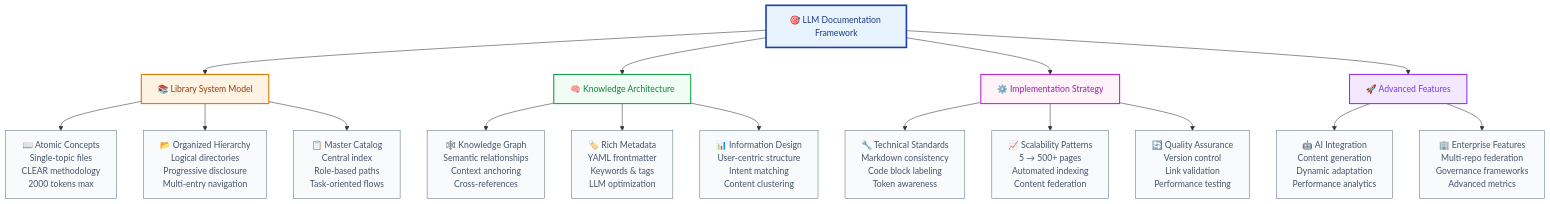
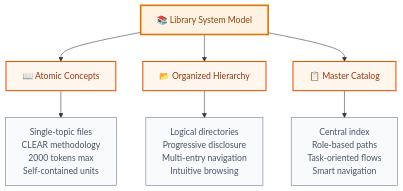
The first of 31 diagrams in 39-llm-documentation-complete.md (raphaelmansuy/tutorials), drawn with Mermaid before and after one commit. The commit also changed other lines of this file, not shown here.

Commit message:
Implement code changes to enhance functionality and improve performance

````diff
--- a/39-llm-documentation-complete.md
+++ b/39-llm-documentation-complete.md
@@ -28,36 +35,20 @@
 ```mermaid
-graph TD
-    A[🎯 LLM Documentation Framework] --> B[📚 Library System Model]
-    A --> C[🧠 Knowledge Architecture]
-    A --> D[⚙️ Implementation Strategy]
-    A --> E[🚀 Advanced Features]
+flowchart TD
+    A[📚 Library System Model] --> B[📖 Atomic Concepts]
+    A --> C[📂 Organized Hierarchy]
+    A --> D[📋 Master Catalog]
     
-    B --> B1[📖 Atomic Concepts<br/>Single-topic files<br/>CLEAR methodology<br/>2000 tokens max]
-    B --> B2[📂 Organized Hierarchy<br/>Logical directories<br/>Progressive disclosure<br/>Multi-entry navigation]
-    B --> B3[📋 Master Catalog<br/>Central index<br/>Role-based paths<br/>Task-oriented flows]
+    B --> B1[Single-topic files<br/>CLEAR methodology<br/>2000 tokens max<br/>Self-contained units]
     
-    C --> C1[🕸️ Knowledge Graph<br/>Semantic relationships<br/>Context anchoring<br/>Cross-references]
-    C --> C2[🏷️ Rich Metadata<br/>YAML frontmatter<br/>Keywords & tags<br/>LLM optimization]
-    C --> C3[📊 Information Design<br/>User-centric structure<br/>Intent matching<br/>Content clustering]
+    C --> C1[Logical directories<br/>Progressive disclosure<br/>Multi-entry navigation<br/>Intuitive browsing]
     
-    D --> D1[🔧 Technical Standards<br/>Markdown consistency<br/>Code block labeling<br/>Token awareness]
-    D --> D2[📈 Scalability Patterns<br/>5 → 500+ pages<br/>Automated indexing<br/>Content federation]
-    D --> D3[🔄 Quality Assurance<br/>Version control<br/>Link validation<br/>Performance testing]
+    D --> D1[Central index<br/>Role-based paths<br/>Task-oriented flows<br/>Smart navigation]
     
-    E --> E1[🤖 AI Integration<br/>Content generation<br/>Dynamic adaptation<br/>Performance analytics]
-    E --> E2[🏢 Enterprise Features<br/>Multi-repo federation<br/>Governance frameworks<br/>Advanced metrics]
-    
-    classDef main fill:#e8f4fd,stroke:#1e40af,stroke-width:3px,color:#1e3a8a
-    classDef model fill:#fef3e2,stroke:#d97706,stroke-width:2px,color:#92400e
-    classDef architecture fill:#f0fdf4,stroke:#16a34a,stroke-width:2px,color:#15803d
-    classDef strategy fill:#fdf2f8,stroke:#c026d3,stroke-width:2px,color:#a21caf
-    classDef advanced fill:#f3e8ff,stroke:#9333ea,stroke-width:2px,color:#7c3aed
+    classDef model fill:#fef3e2,stroke:#d97706,stroke-width:3px,color:#92400e
+    classDef concept fill:#fff7ed,stroke:#ea580c,stroke-width:2px,color:#9a3412
     classDef details fill:#f8fafc,stroke:#64748b,stroke-width:1px,color:#475569
     
-    class A main
-    class B model
-    class C architecture
-    class D strategy
-    class E advanced
-    class B1,B2,B3,C1,C2,C3,D1,D2,D3,E1,E2 details
+    class A model
+    class B,C,D concept
+    class B1,C1,D1 details
 ```
````
